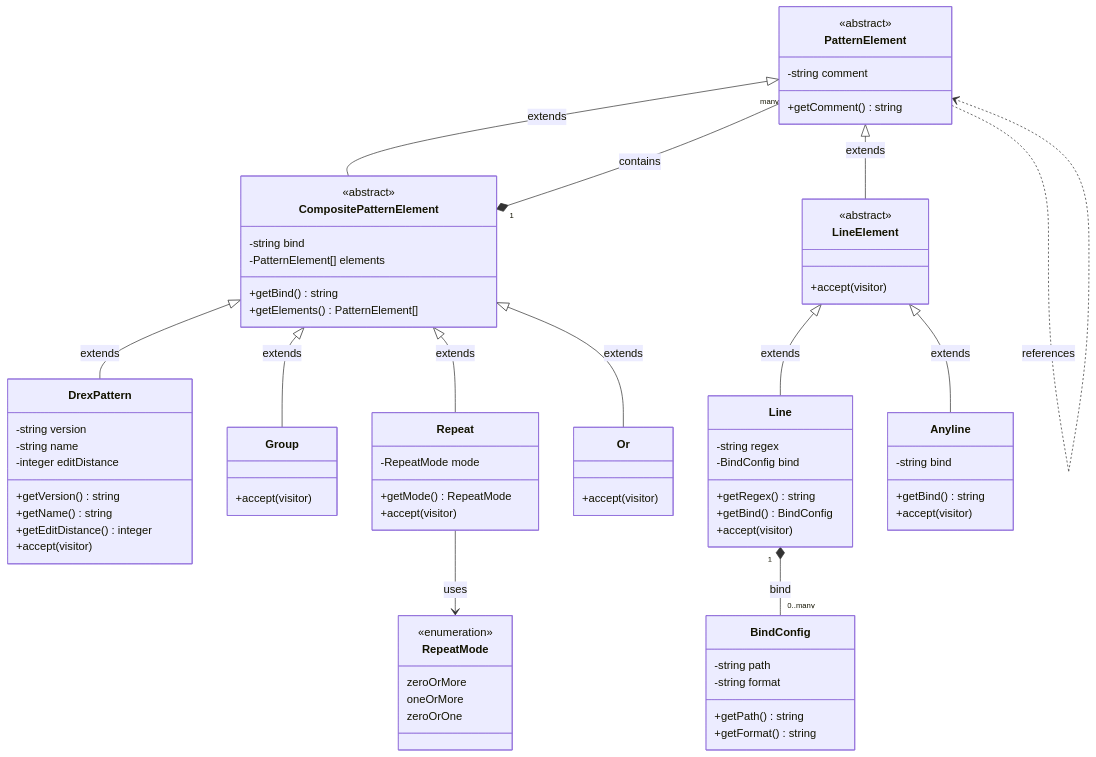
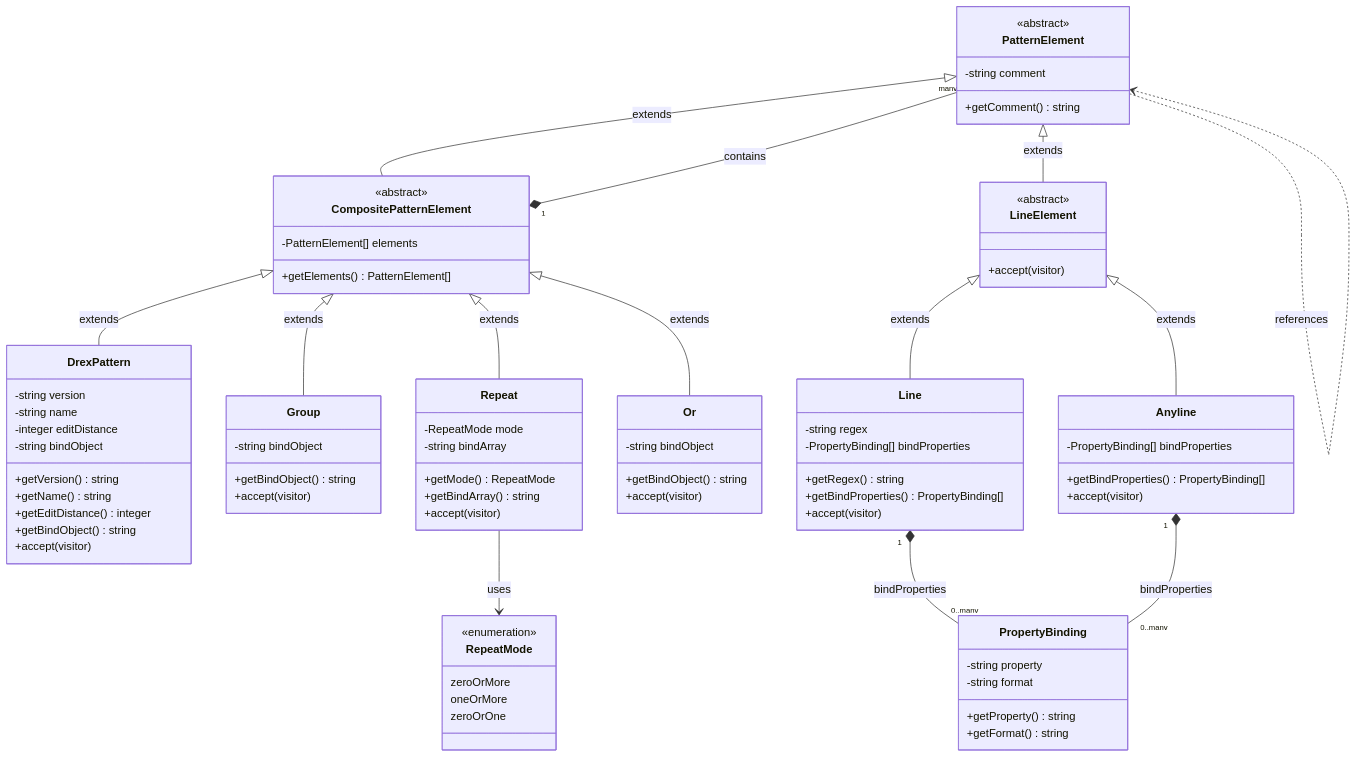
The diagram in docs/drex_pattern_classes.mermaid (evillrich/drex-java), drawn with Mermaid before and after one commit. The commit also changed 9 other files, not shown here.

Commit message:
Multiple changes to schema and docs to more explicitly define binding.

```diff
--- a/docs/drex_pattern_classes.mermaid
+++ b/docs/drex_pattern_classes.mermaid
@@ -1,91 +1,98 @@
 classDiagram
     class PatternElement {
         <<abstract>>
         -string comment
         +getComment() string
     }
 
     class CompositePatternElement {
         <<abstract>>
-        -string bind
         -PatternElement[] elements
-        +getBind() string
         +getElements() PatternElement[]
     }
 
     class DrexPattern {
         -string version
         -string name
         -integer editDistance
+        -string bindObject
         +getVersion() string
         +getName() string
         +getEditDistance() integer
+        +getBindObject() string
         +accept(visitor)
     }
 
     class Group {
+        -string bindObject
+        +getBindObject() string
         +accept(visitor)
     }
 
     class Repeat {
         -RepeatMode mode
+        -string bindArray
         +getMode() RepeatMode
+        +getBindArray() string
         +accept(visitor)
     }
 
     class Or {
+        -string bindObject
+        +getBindObject() string
         +accept(visitor)
     }
 
     class LineElement {
         <<abstract>>
         +accept(visitor)
     }
 
     class Line {
         -string regex
-        -BindConfig bind
+        -PropertyBinding[] bindProperties
         +getRegex() string
-        +getBind() BindConfig
+        +getBindProperties() PropertyBinding[]
         +accept(visitor)
     }
 
     class Anyline {
-        -string bind
-        +getBind() string
+        -PropertyBinding[] bindProperties
+        +getBindProperties() PropertyBinding[]
         +accept(visitor)
     }
 
     class RepeatMode {
         <<enumeration>>
         zeroOrMore
         oneOrMore
         zeroOrOne
     }
 
-    class BindConfig {
-        -string path
+    class PropertyBinding {
+        -string property
         -string format
-        +getPath() string
+        +getProperty() string
         +getFormat() string
     }
 
 %% Relationships
     PatternElement <|-- CompositePatternElement : extends
     PatternElement <|-- LineElement : extends
 
     CompositePatternElement <|-- DrexPattern : extends
     CompositePatternElement <|-- Group : extends
     CompositePatternElement <|-- Repeat : extends
     CompositePatternElement <|-- Or : extends
 
     LineElement <|-- Line : extends
     LineElement <|-- Anyline : extends
 
     CompositePatternElement "1" *-- "many" PatternElement : contains
 
     Repeat --> RepeatMode : uses
-    Line "1" *-- "0..many" BindConfig : bind
+    Line "1" *-- "0..many" PropertyBinding : bindProperties
+    Anyline "1" *-- "0..many" PropertyBinding : bindProperties
 
 %% Self-referencing for recursive structure
     PatternElement ..> PatternElement : references
```
